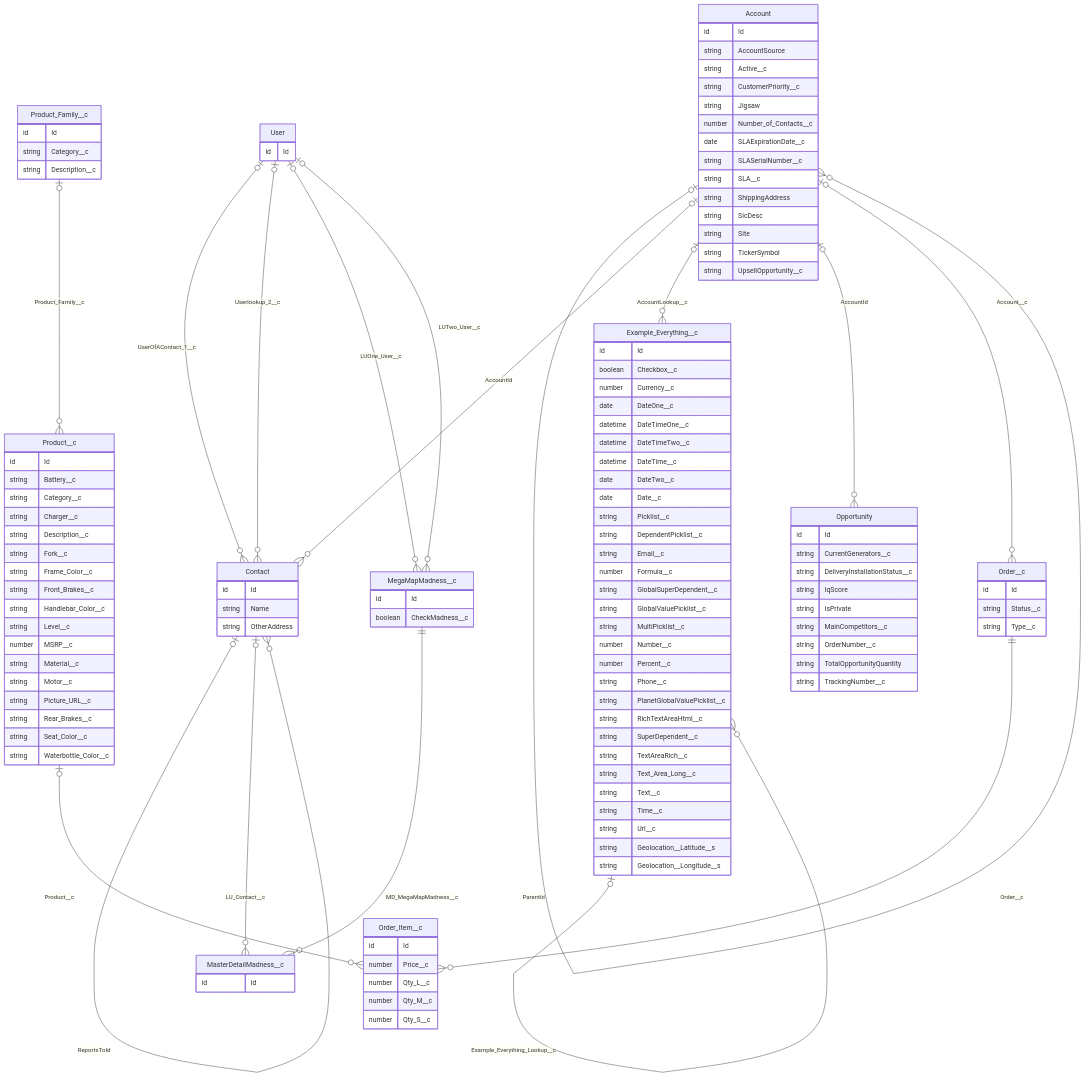
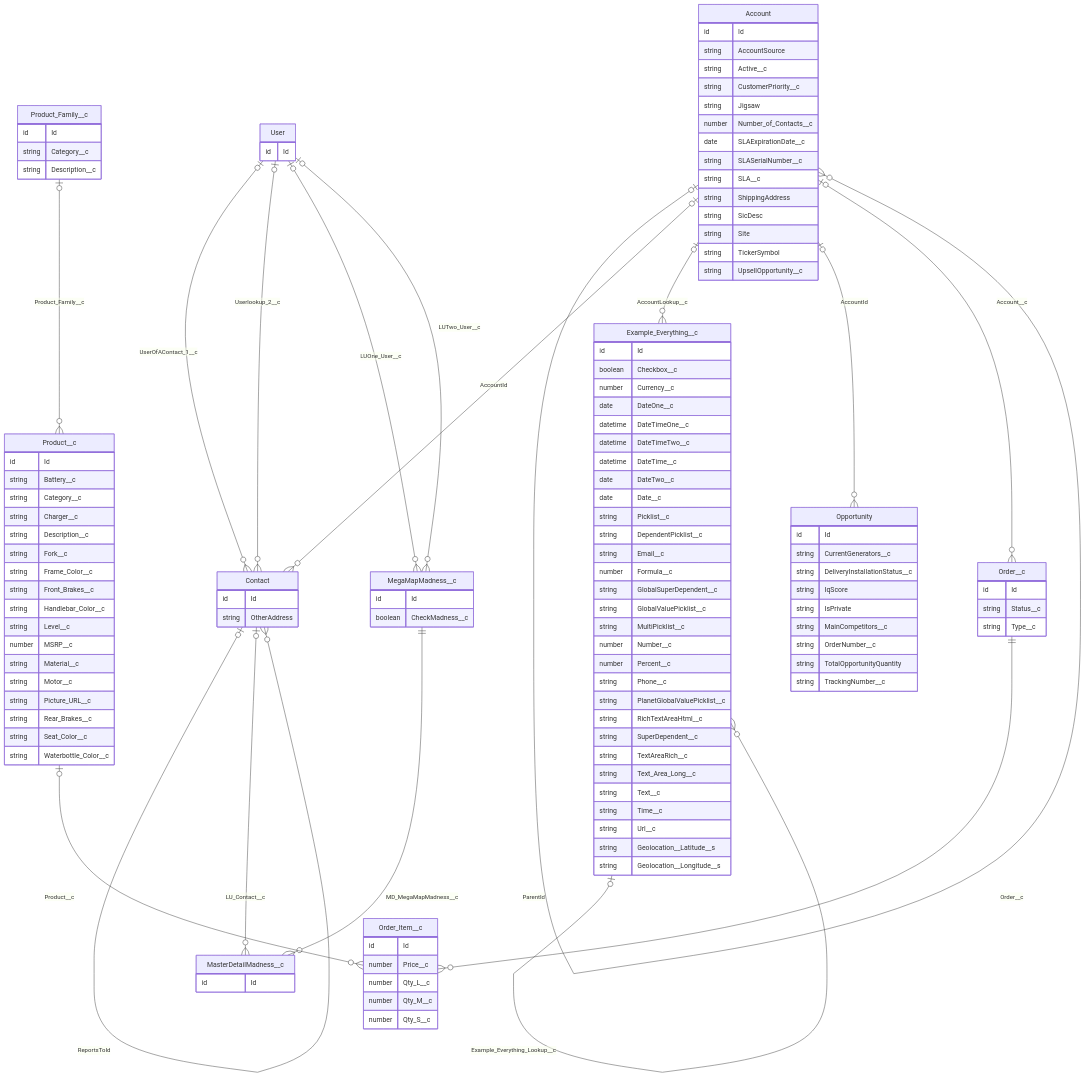
The diagram in src/treecipe/src/ExtensionCommandService/tests/golden/faker-js/GeneratedRecipes/recipe-fakerjs-{TIMESTAMP}/Account-thru-Order_Item__c/mermaid-erd--Account-thru-Order_Item__c-{TIMESTAMP}.md (jdschleicher/Salesforce-Data-Treecipe), drawn with Mermaid before and after one commit. The commit also changed 37 other files, not shown here.

```diff
--- a/src/treecipe/src/ExtensionCommandService/tests/golden/faker-js/GeneratedRecipes/recipe-fakerjs-{TIMESTAMP}/Account-thru-Order_Item__c/mermaid-erd--Account-thru-Order_Item__c-{TIMESTAMP}.md
+++ b/src/treecipe/src/ExtensionCommandService/tests/golden/faker-js/GeneratedRecipes/recipe-fakerjs-{TIMESTAMP}/Account-thru-Order_Item__c/mermaid-erd--Account-thru-Order_Item__c-{TIMESTAMP}.md
@@ -31,7 +31,6 @@
     }
     Contact {
         id Id
-        string Name
         string OtherAddress
     }
     Example_Everything__c {
```
